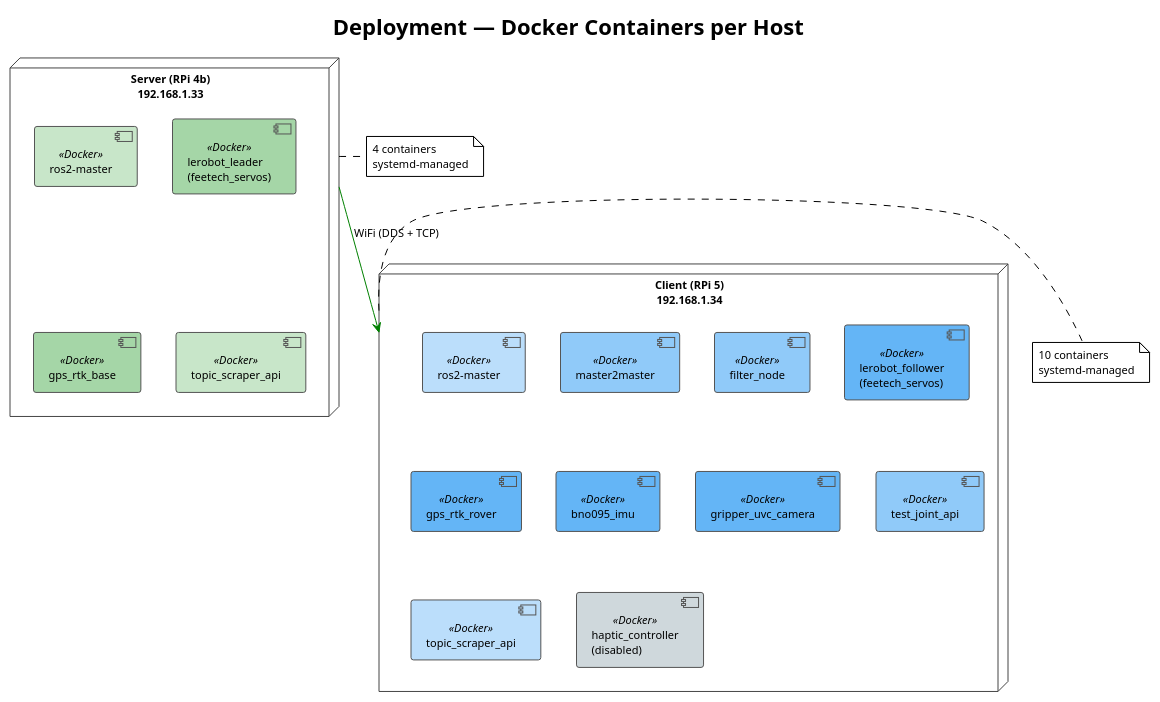
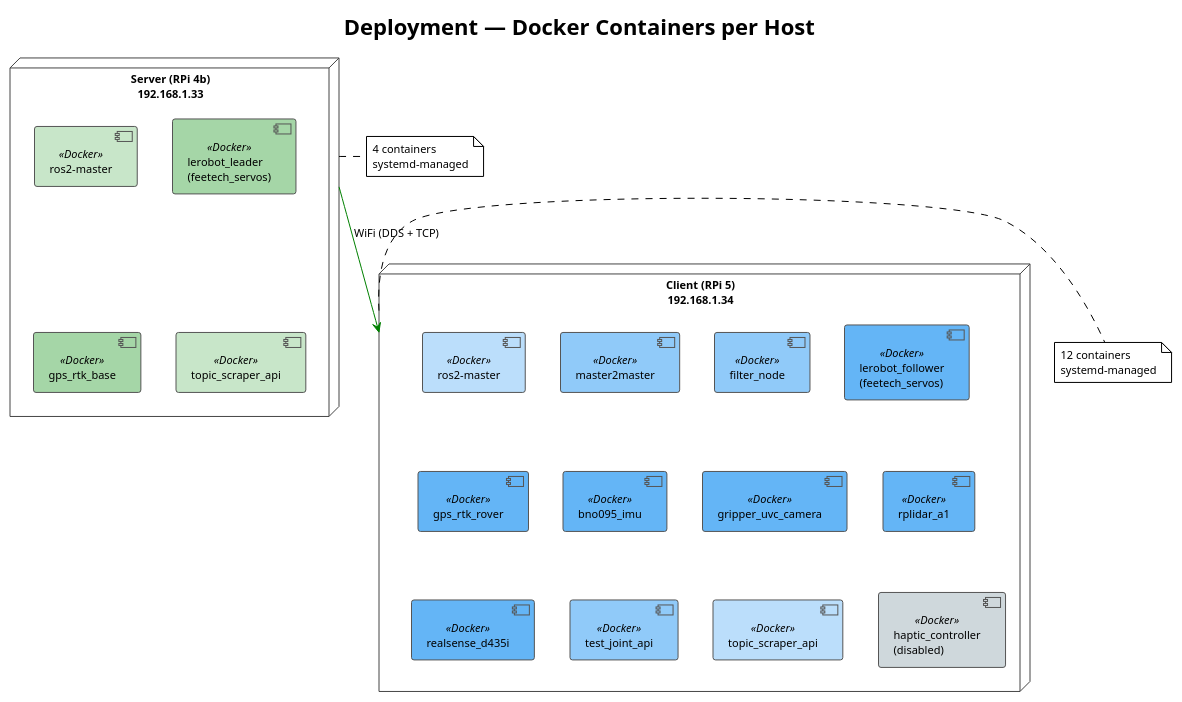
Before and after one commit to szymonrychu/ros2-lerobot-swerve-platform: the diagram in docs/diagrams/deployment.puml, drawn with PlantUML. The commit also changed 12 other files, not shown here.

```diff
--- a/docs/diagrams/deployment.puml
+++ b/docs/diagrams/deployment.puml
@@ -1,42 +1,44 @@
 @startuml deployment
 !theme plain
 skinparam backgroundColor white
 skinparam defaultFontSize 11
 skinparam nodeBorderColor #444
 skinparam componentBorderColor #555
 
 title Deployment — Docker Containers per Host
 
 node "Server (RPi 4b)\n192.168.1.33" as server {
   component "ros2-master" as sm <<Docker>> #C8E6C9
   component "lerobot_leader\n(feetech_servos)" as sl <<Docker>> #A5D6A7
   component "gps_rtk_base" as sg <<Docker>> #A5D6A7
   component "topic_scraper_api" as ss <<Docker>> #C8E6C9
 }
 
 node "Client (RPi 5)\n192.168.1.34" as client {
   component "ros2-master" as cm <<Docker>> #BBDEFB
   component "master2master" as cmm <<Docker>> #90CAF9
   component "filter_node" as cf <<Docker>> #90CAF9
   component "lerobot_follower\n(feetech_servos)" as clf <<Docker>> #64B5F6
   component "gps_rtk_rover" as cg <<Docker>> #64B5F6
   component "bno095_imu" as ci <<Docker>> #64B5F6
   component "gripper_uvc_camera" as cc <<Docker>> #64B5F6
+  component "rplidar_a1" as cr <<Docker>> #64B5F6
+  component "realsense_d435i" as cre <<Docker>> #64B5F6
   component "test_joint_api" as ct <<Docker>> #90CAF9
   component "topic_scraper_api" as cs <<Docker>> #BBDEFB
   component "haptic_controller\n(disabled)" as ch <<Docker>> #CFD8DC
 }
 
 server -[#green]-> client : WiFi (DDS + TCP)
 
 note right of server
   4 containers
   systemd-managed
 end note
 
 note right of client
-  10 containers
+  12 containers
   systemd-managed
 end note
 
 @enduml
```
